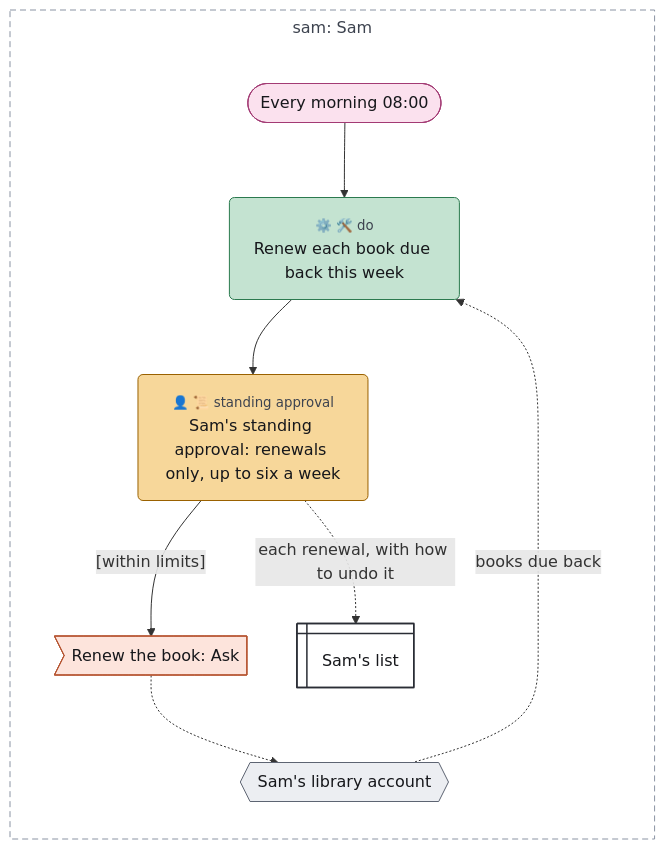
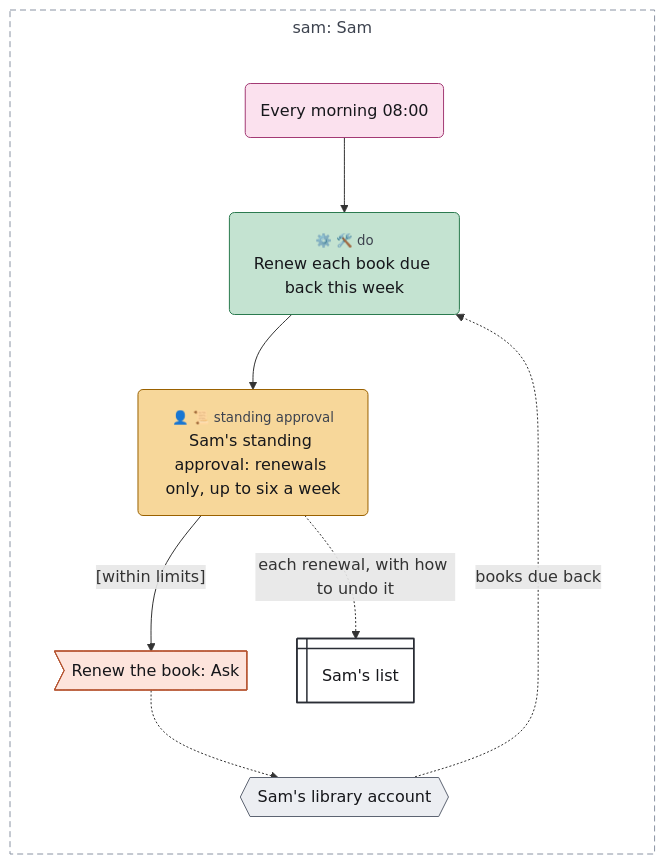
Before and after one commit to chrismdp/awml: the diagram in examples/tour/12-standing-approval.mmd, drawn with Mermaid. The commit also changed 91 other files, not shown here.

```diff
--- a/examples/tour/12-standing-approval.mmd
+++ b/examples/tour/12-standing-approval.mmd
@@ -1,43 +1,43 @@
 ---
 config:
   theme: default
   fontFamily: Inter, sans-serif
   flowchart:
     useMaxWidth: false
     subGraphTitleMargin:
       top: 6
       bottom: 30
 ---
 flowchart TB
   subgraph sam["sam#58; Sam"]
     direction TB
-    morning(["Every morning 08#58;00"])
+    morning("Every morning 08#58;00")
     library{{"Sam#39;s library account"}}
     renew("<small style='color:rgb(61,67,79)'>⚙️ 🛠️ do</small><br>Renew each book due back this week")
     approval("<small style='color:rgb(61,67,79)'>👤 📜 standing approval</small><br>Sam#39;s standing approval#58; renewals only#44; up to six a week")
     action>"Renew the book#58; Ask"]
     list@{ shape: win-pane, label: "Sam#39;s list" }
   end
 
   morning --> renew
   library -.->|"books due back"| renew
   renew --> approval
   approval -->|"#91;within limits#93;"| action
   action -.-> library
   approval -.->|"each renewal#44; with how to undo it"| list
   classDef trig fill:#fbe1ee,stroke:#a33a74,color:#16171b
   classDef ctx fill:#e2eef9,stroke:#3d6fa3,color:#16171b
   classDef con fill:#eceef2,stroke:#5d6472,color:#16171b
   classDef surf fill:#ffffff,stroke:#2a2d35,stroke-width:1.5px,color:#16171b
   classDef out fill:#fde4dc,stroke:#b5532f,color:#16171b
   classDef ai fill:#cdd3fb,stroke:#3b4bb0,color:#16171b
   classDef code fill:#c4e3d1,stroke:#2b7a4f,color:#16171b
   classDef person fill:#f7d79a,stroke:#9a6100,color:#16171b
   classDef gap fill:#ffffff,stroke:#8a93a3,stroke-dasharray:4 3,color:#6b7280
   class morning trig
   class library con
   class list surf
   class action out
   class renew code
   class approval person
   style sam fill:transparent,stroke:#8a93a3,stroke-dasharray:6 4,color:#3d434f
```
